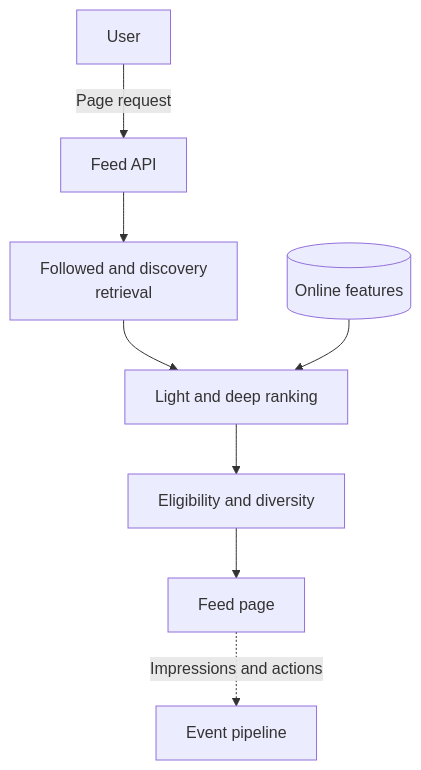
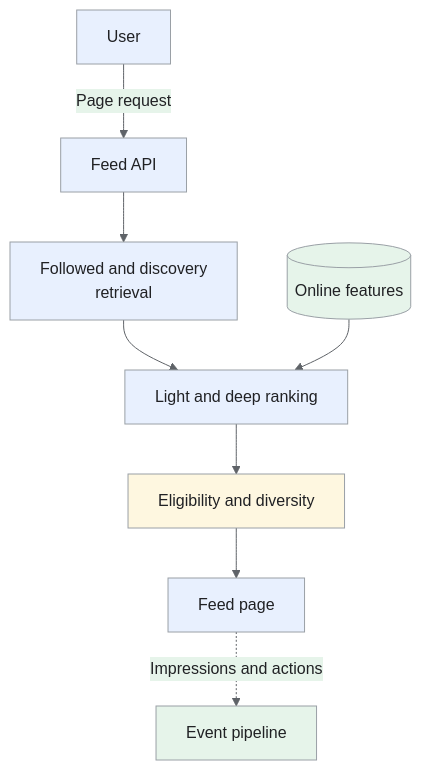
The first of 4 diagrams in _designs/news-feed-ranking.md (iliazlobin/iliazlobin.github.io), drawn with Mermaid before and after one commit. The commit also changed other lines of this file and 25 other files, not shown here.

Commit message:
docs: explain Batch B design flows and tradeoffs

````diff
--- a/_designs/news-feed-ranking.md
+++ b/_designs/news-feed-ranking.md
@@ -125,10 +139,18 @@
 ```mermaid
+%%{init: {'theme':'base','themeVariables':{'primaryColor':'#e8f0fe','primaryTextColor':'#202124','primaryBorderColor':'#9aa0a6','lineColor':'#5f6368','secondaryColor':'#e6f4ea','tertiaryColor':'#fef7e0','actorBkg':'#e8f0fe','actorBorder':'#9aa0a6','actorTextColor':'#202124','noteBkgColor':'#fef7e0','noteTextColor':'#202124','noteBorderColor':'#9aa0a6','signalColor':'#5f6368','signalTextColor':'#202124','labelBoxBkgColor':'#fef7e0','labelBoxBorderColor':'#9aa0a6'}}}%%
 flowchart TB
     U["User"] -->|"Page request"| API["Feed API"]
     API --> RET["Followed and discovery<br>retrieval"]
     RET --> RANK["Light and deep ranking"]
     RANK --> POLICY["Eligibility and diversity"]
     POLICY --> OUT["Feed page"]
     FS[("Online features")] --> RANK
     OUT -.->|"Impressions and actions"| LOG["Event pipeline"]
+classDef request fill:#e8f0fe,stroke:#9aa0a6,color:#202124;
+classDef data fill:#e6f4ea,stroke:#9aa0a6,color:#202124;
+classDef control fill:#fef7e0,stroke:#9aa0a6,color:#202124;
+class U,API,RET,RANK,OUT request;
+class FS,LOG data;
+class POLICY control;
+
 ```
````
